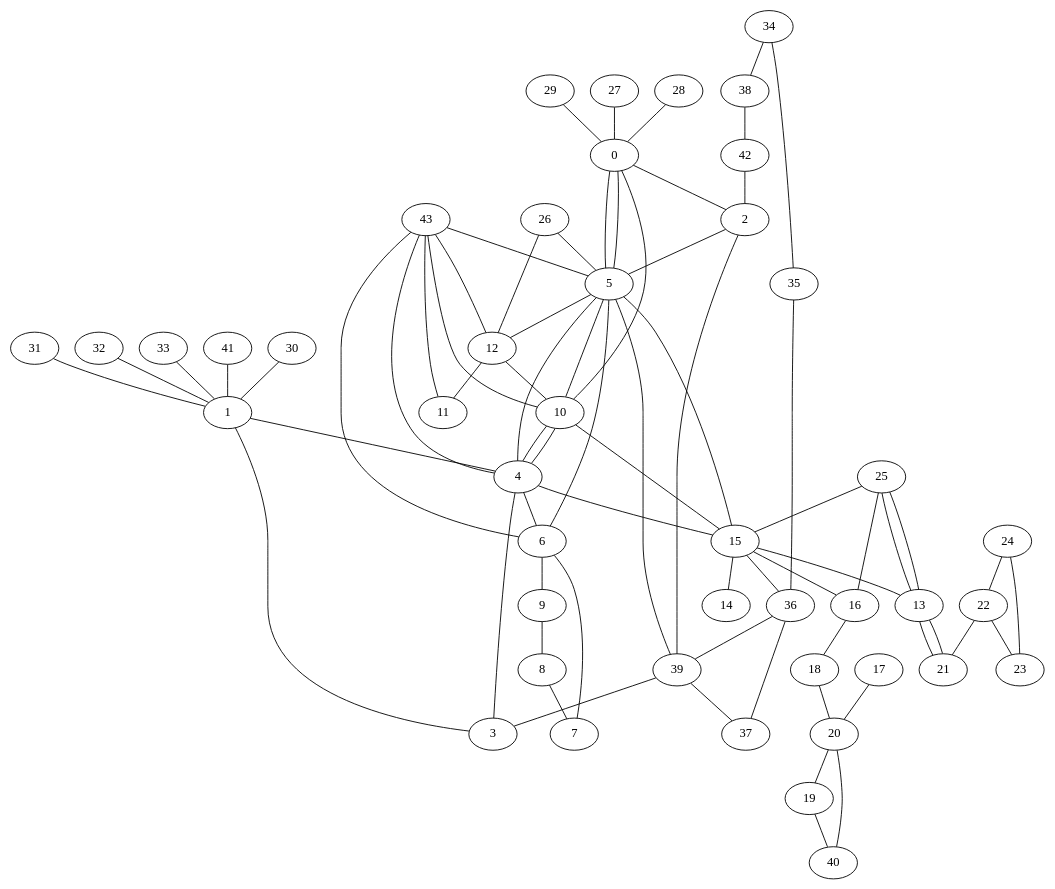
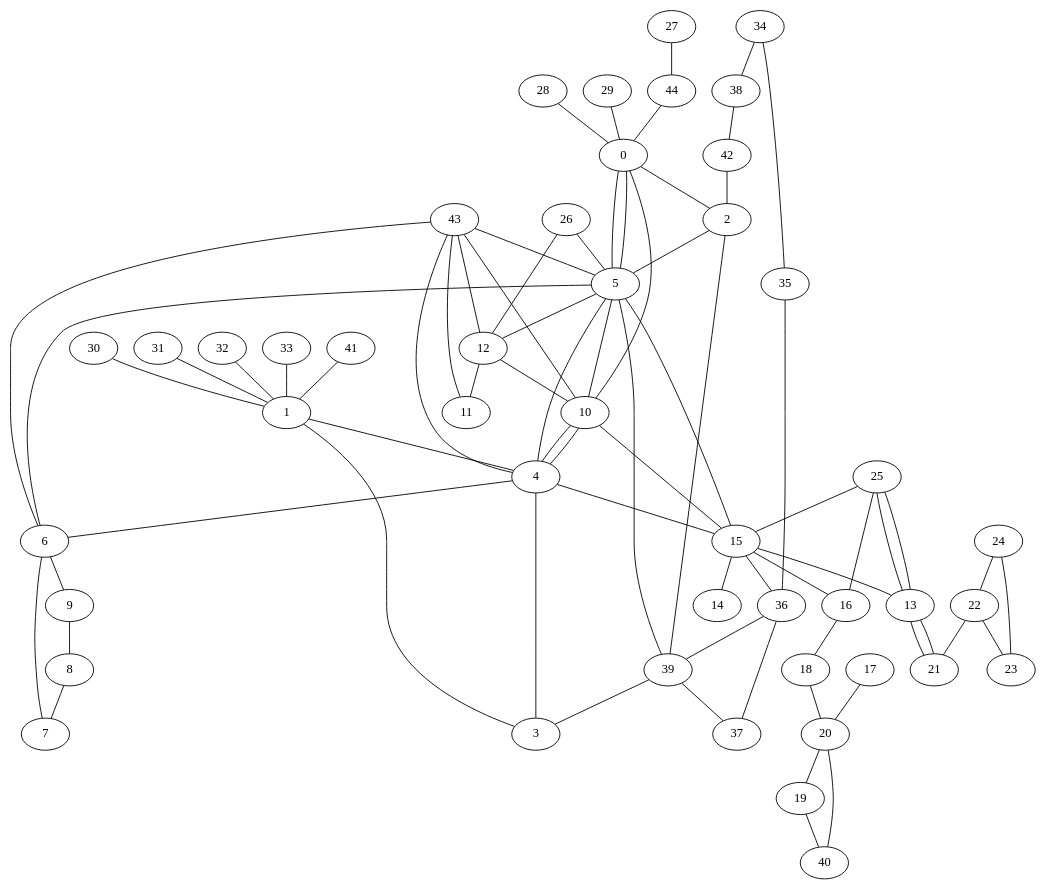
One commit to harrietrc/se306-project1 changed the diagram in se306_project1/test.dot. Above: the diagram before and after it, drawn with Graphviz. The commit also changed 9 other files, not shown here.

```diff
--- a/se306_project1/test.dot
+++ b/se306_project1/test.dot
@@ -1,117 +1,119 @@
 graph G {
 0;
 1;
 2;
 3;
 4;
 5;
 6;
 7;
 8;
 9;
 10;
 11;
 12;
 13;
 14;
 15;
 16;
 17;
 18;
 19;
 20;
 21;
 22;
 23;
 24;
 25;
 26;
 27;
 28;
 29;
 30;
 31;
 32;
 33;
 34;
 35;
 36;
 37;
 38;
 39;
 40;
 41;
 42;
 43;
+44;
 0--2 ;
 1--3 ;
 2--5 ;
 3--4 ;
 5--6 ;
 4--6 ;
 6--9 ;
 9--8 ;
 8--7 ;
 7--6 ;
 4--5 ;
 5--12 ;
 12--11 ;
 12--10 ;
 5--10 ;
 10--15 ;
 15--16 ;
 15--14 ;
 15--13 ;
 16--18 ;
 18--20 ;
 17--20 ;
 20--19 ;
 13--21 ;
 22--23 ;
 24--22 ;
-27--0 ;
+27--44 ;
 28--0 ;
 29--0 ;
 31--1 ;
 32--1 ;
 33--1 ;
 30--1 ;
 22--21 ;
 25--15 ;
 24--23 ;
 10--4 ;
 25--13 ;
 25--13 ;
 21--13 ;
 0--10 ;
 34--35 ;
 35--36 ;
 36--37 ;
 34--38 ;
 38--42 ;
 2--39 ;
 39--3 ;
 39--5 ;
 39--37 ;
 19--40 ;
 40--20 ;
 41--1 ;
 42--2 ;
 36--39 ;
 15--36 ;
 4--10 ;
 25--16 ;
 4--15 ;
 5--15 ;
 1--4 ;
 0--5 ;
 26--12 ;
 26--5 ;
 0--5 ;
 43--12 ;
 43--11 ;
 43--10 ;
 43--5 ;
 43--6 ;
 43--4 ;
+44--0 ;
 }
```
